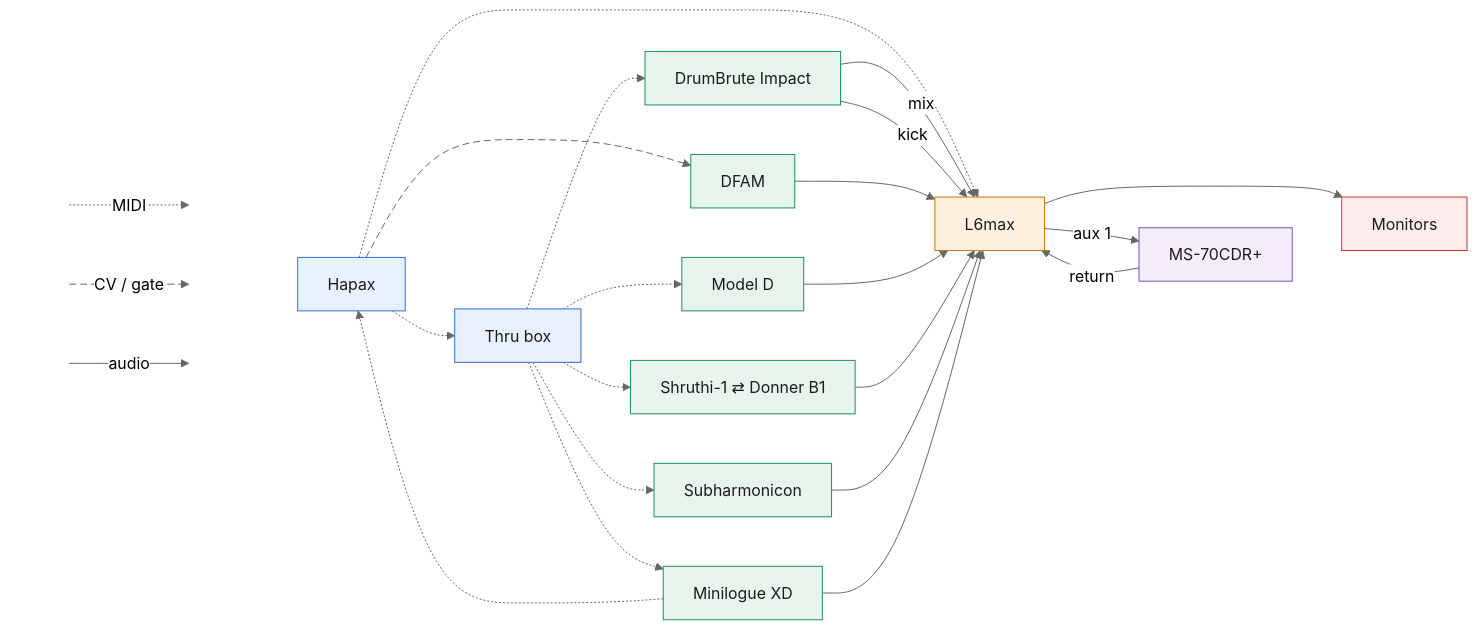
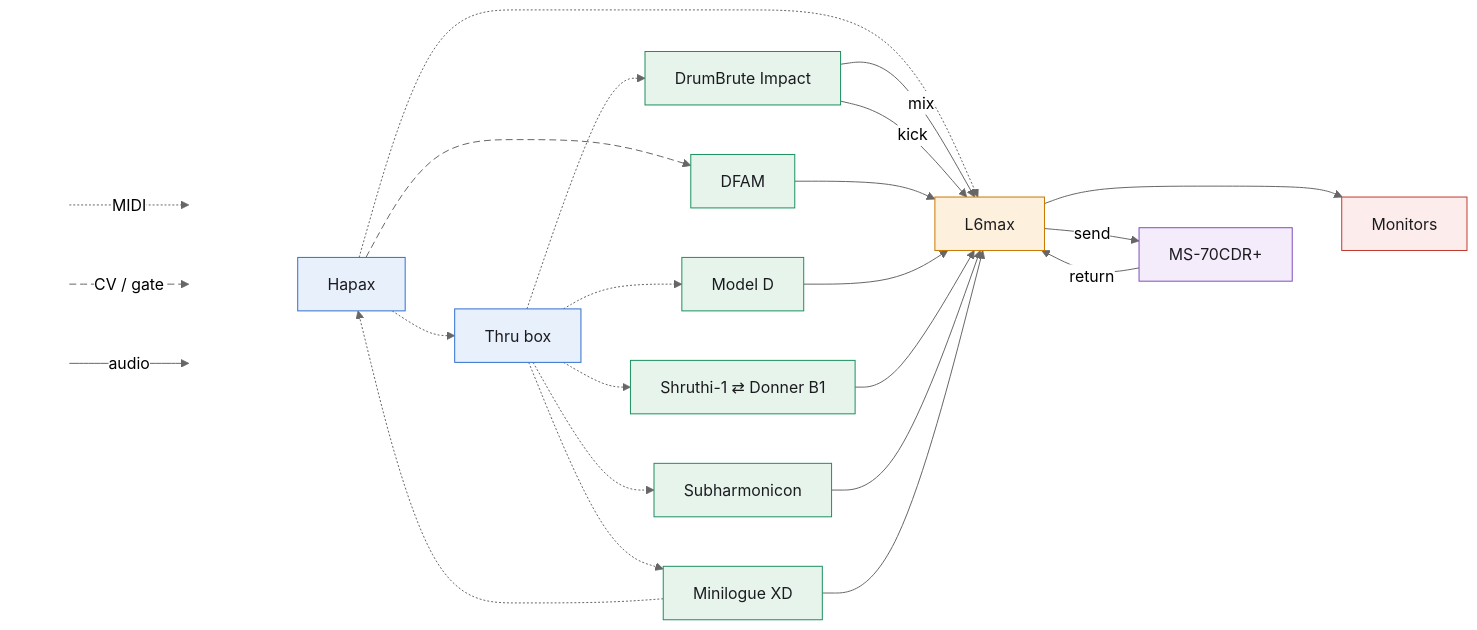
Before and after one commit to saponace/synth-setup: the diagram in README.md, drawn with Mermaid.

````diff
--- a/README.md
+++ b/README.md
@@ -1,76 +1,76 @@
 ```mermaid
 ---
 config:
   theme: neutral
   flowchart:
     curve: basis
 ---
 flowchart LR
     %% box color = kind of gear, line style = kind of signal
     classDef seq fill:#e8f0fc,stroke:#2f6fd0,color:#1c1c20
     classDef voice fill:#e7f4ec,stroke:#1a8f5f,color:#1c1c20
     classDef mix fill:#fdf1de,stroke:#c77800,color:#1c1c20
     classDef fx fill:#f4ecfb,stroke:#7c4dbd,color:#1c1c20
     classDef mon fill:#fdecec,stroke:#c0392b,color:#1c1c20
     classDef pin fill:none,stroke:none
     classDef cv stroke-dasharray: 7 4
 
     %% legend, tied to Hapax by invisible links so it lands in the left columns
     LA[" "] -. "MIDI" .-> LB[" "]
     LC[" "] k1@-- "CV / gate" --> LD[" "]
     LE[" "] -- "audio" --> LF[" "]
     LB ~~~ HAPAX
     LD ~~~ HAPAX
     LF ~~~ HAPAX
 
     HAPAX["Hapax"]
     THRU["Thru box"]
     DBI["DrumBrute Impact"]
     DFAM["DFAM"]
     MODELD["Model D"]
     SWAP["Shruthi-1 ⇄ Donner B1"]
     SUBH["Subharmonicon"]
     XD["Minilogue XD"]
     L6["L6max"]
     FX["MS-70CDR+"]
     MON["Monitors"]
 
     %% ----- CV / gate -----
     HAPAX c1@--> DFAM
 
     %% ----- MIDI -----
     HAPAX -.-> THRU
     THRU -.-> DBI
     THRU -.-> MODELD
     THRU -.-> SWAP
     THRU -.-> SUBH
     THRU -.-> XD
     XD -.-> HAPAX
     HAPAX -.-> L6
 
     %% ----- audio -----
     DBI -- "mix" --> L6
     DBI -- "kick" --> L6
     DFAM --> L6
     MODELD --> L6
     SWAP --> L6
     SUBH --> L6
     XD --> L6
-    L6 -- "aux 1" --> FX
+    L6 -- "send" --> FX
     FX -- "return" --> L6
     L6 --> MON
 
     %% ----- carry no signal, they only steer the layout -----
     %% DFAM among the voices instead of pushed to an end of the column,
     %% monitors out of the FX pedal's column
     THRU ~~~ DFAM
     FX ~~~ MON
 
     class HAPAX,THRU seq
     class DBI,DFAM,MODELD,SWAP,SUBH,XD voice
     class L6 mix
     class FX fx
     class MON mon
     class LA,LB,LC,LD,LE,LF pin
     class c1,k1 cv
 ```
````
